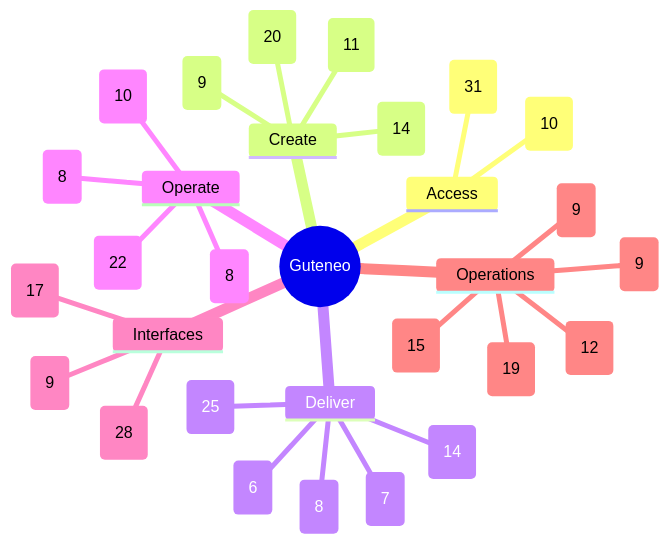
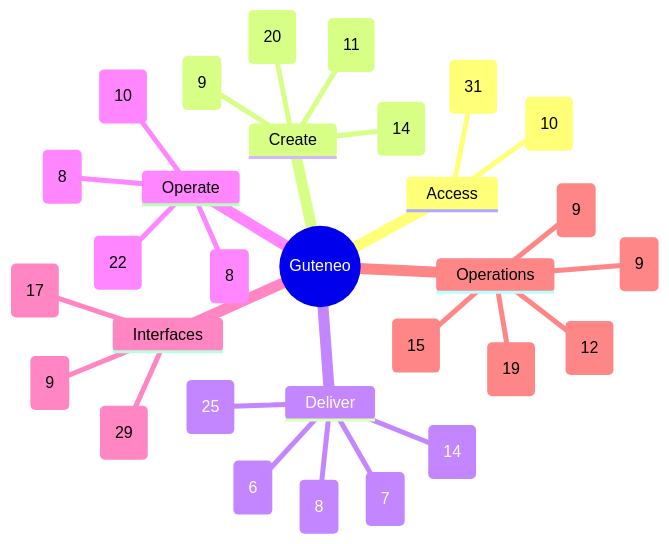
One commit to nclsppr/guteneo changed the diagram in docs/FEATURE_MAP.md. Above: the diagram before and after it, drawn with Mermaid. The commit also changed other lines of this file and 36 other files, not shown here.

````diff
--- a/docs/FEATURE_MAP.md
+++ b/docs/FEATURE_MAP.md
@@ -13,33 +13,33 @@
 ```mermaid
 mindmap
   root((Guteneo))
     Access
       Access and identity (31)
       Team and responsibilities (10)
     Create
       Documents and protection (20)
       Template studio (14)
       Data and mappings (9)
       PDF generation and distribution (11)
     Deliver
       Fax (6)
       Postal mail (8)
       Email and protected links (14)
       Sensitive distribution and personal documents (25)
       Dispatch dry run (7)
     Operate
       Campaigns and tracking (8)
       Credits and billing (8)
       Workspace layout and browser appearance (22)
       PDF verification (10)
     Interfaces
-      Assistants and API (28)
+      Assistants and API (29)
       iPhone and iPad (9)
       Public pages, languages and appearance (17)
     Operations
       Reviewer OAuth qualification (9)
       Operations and reliability (19)
       Belvédère platform oversight (9)
       Public service status (15)
       Engineering documentation (12)
 ```
````
